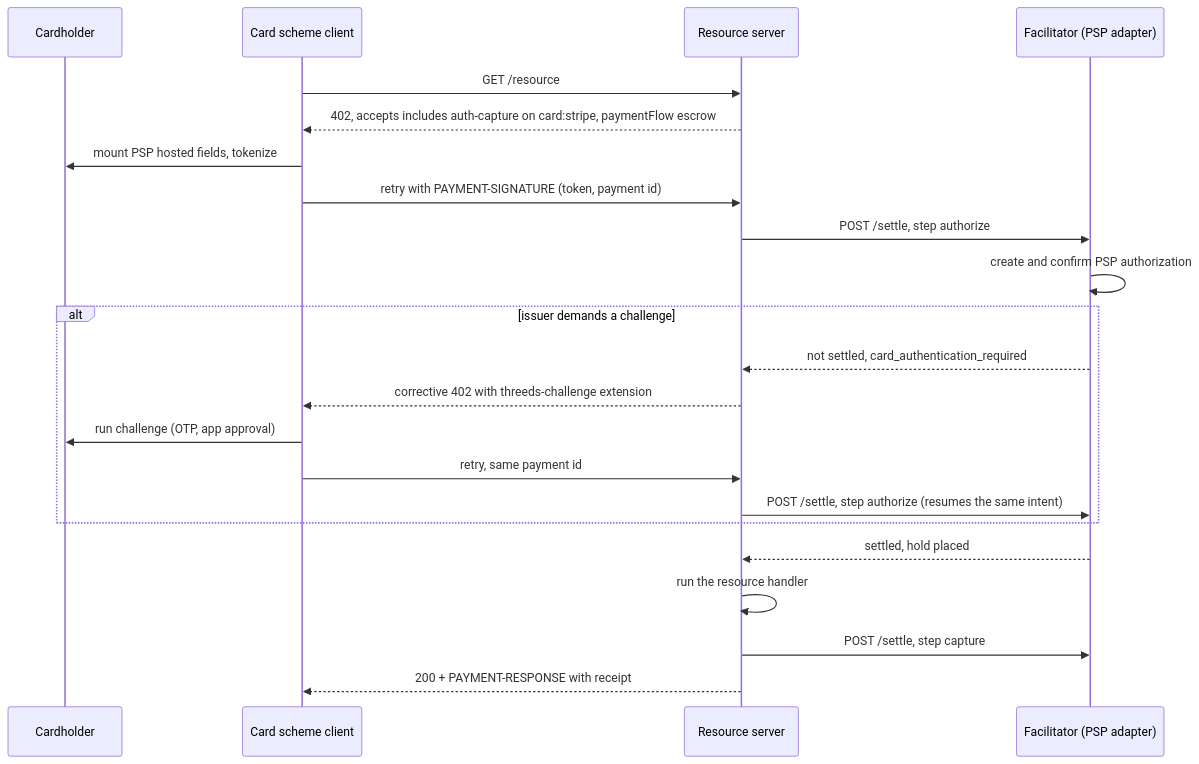
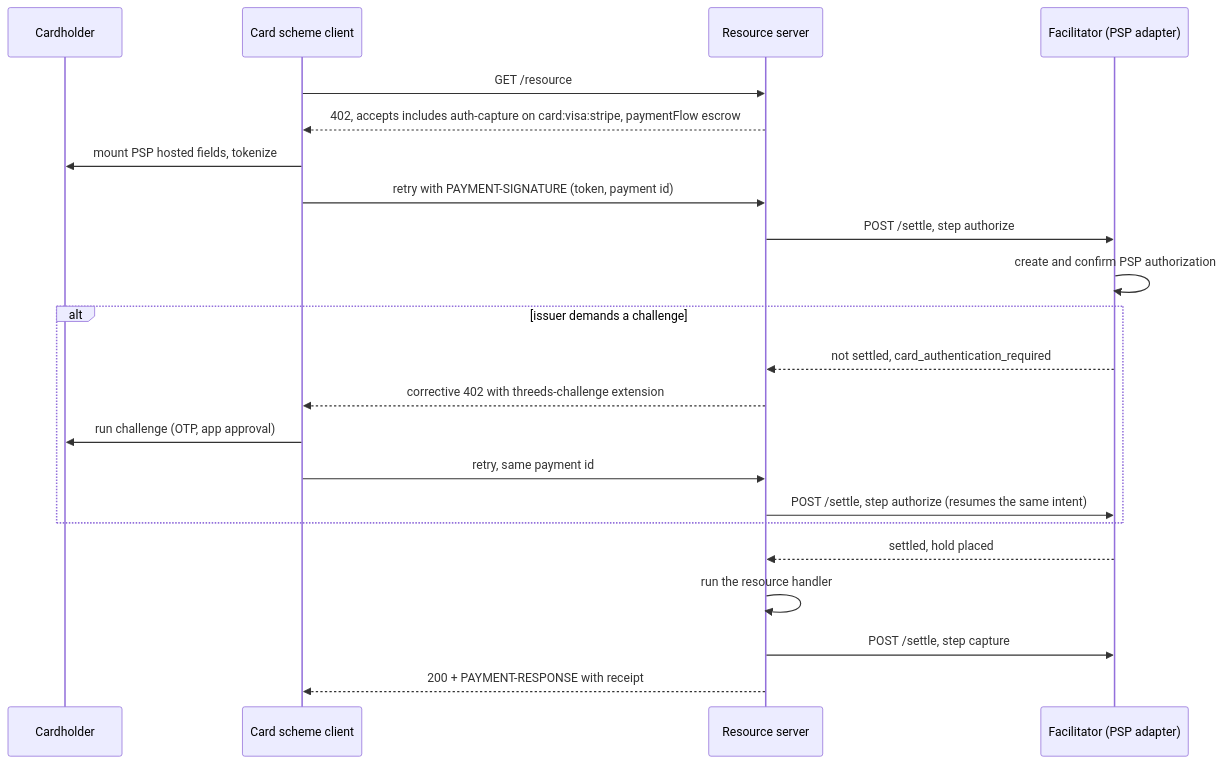
Before and after one commit to stefanoamorelli/x402: the second of 2 diagrams in specs/schemes/auth-capture/scheme_auth_capture_card.md, drawn with Mermaid. The commit also changed other lines of this file, not shown here.

First line of the commit message:
docs(specs): extend network ids to card:<card-network>:<psp>

````diff
--- a/specs/schemes/auth-capture/scheme_auth_capture_card.md
+++ b/specs/schemes/auth-capture/scheme_auth_capture_card.md
@@ -193,24 +193,24 @@
 ```mermaid
 sequenceDiagram
     participant U as Cardholder
     participant C as Card scheme client
     participant RS as Resource server
     participant F as Facilitator (PSP adapter)
     C->>RS: GET /resource
-    RS-->>C: 402, accepts includes auth-capture on card:stripe, paymentFlow escrow
+    RS-->>C: 402, accepts includes auth-capture on card:visa:stripe, paymentFlow escrow
     C->>U: mount PSP hosted fields, tokenize
     C->>RS: retry with PAYMENT-SIGNATURE (token, payment id)
     RS->>F: POST /settle, step authorize
     F->>F: create and confirm PSP authorization
     alt issuer demands a challenge
         F-->>RS: not settled, card_authentication_required
         RS-->>C: corrective 402 with threeds-challenge extension
         C->>U: run challenge (OTP, app approval)
         C->>RS: retry, same payment id
         RS->>F: POST /settle, step authorize (resumes the same intent)
     end
     F-->>RS: settled, hold placed
     RS->>RS: run the resource handler
     RS->>F: POST /settle, step capture
     RS-->>C: 200 + PAYMENT-RESPONSE with receipt
 ```
````
